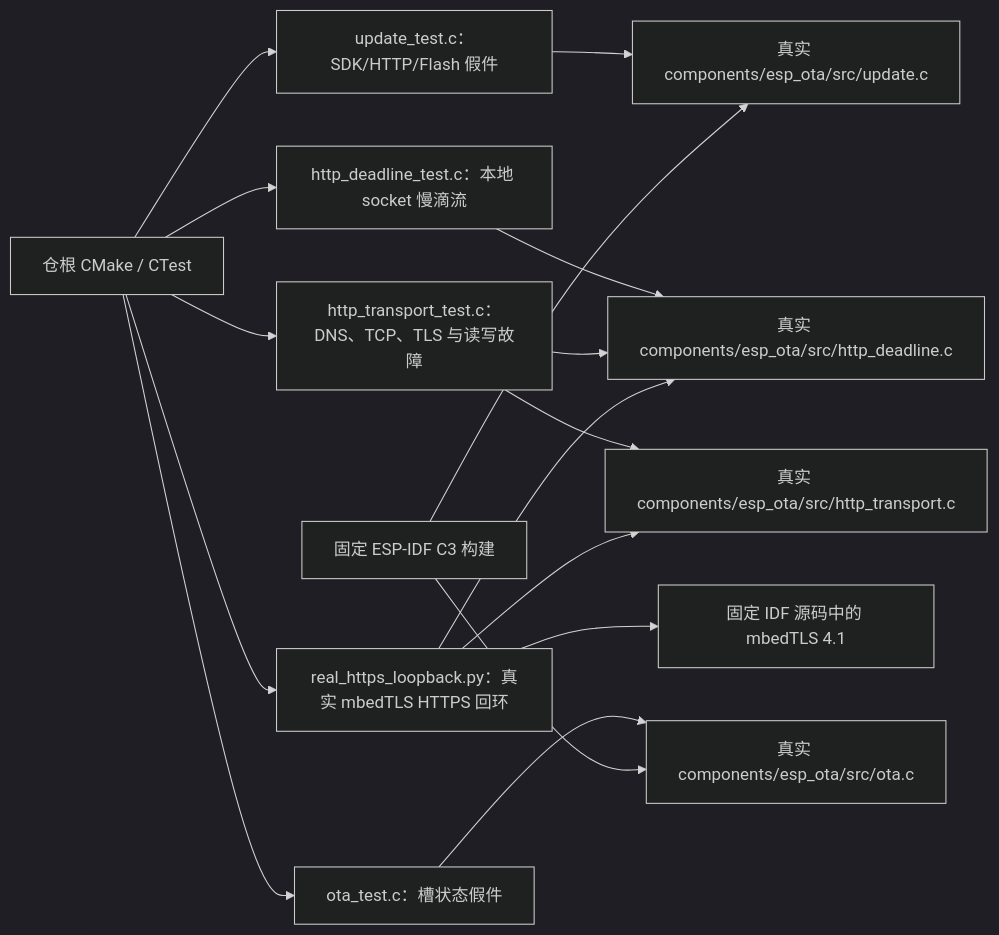
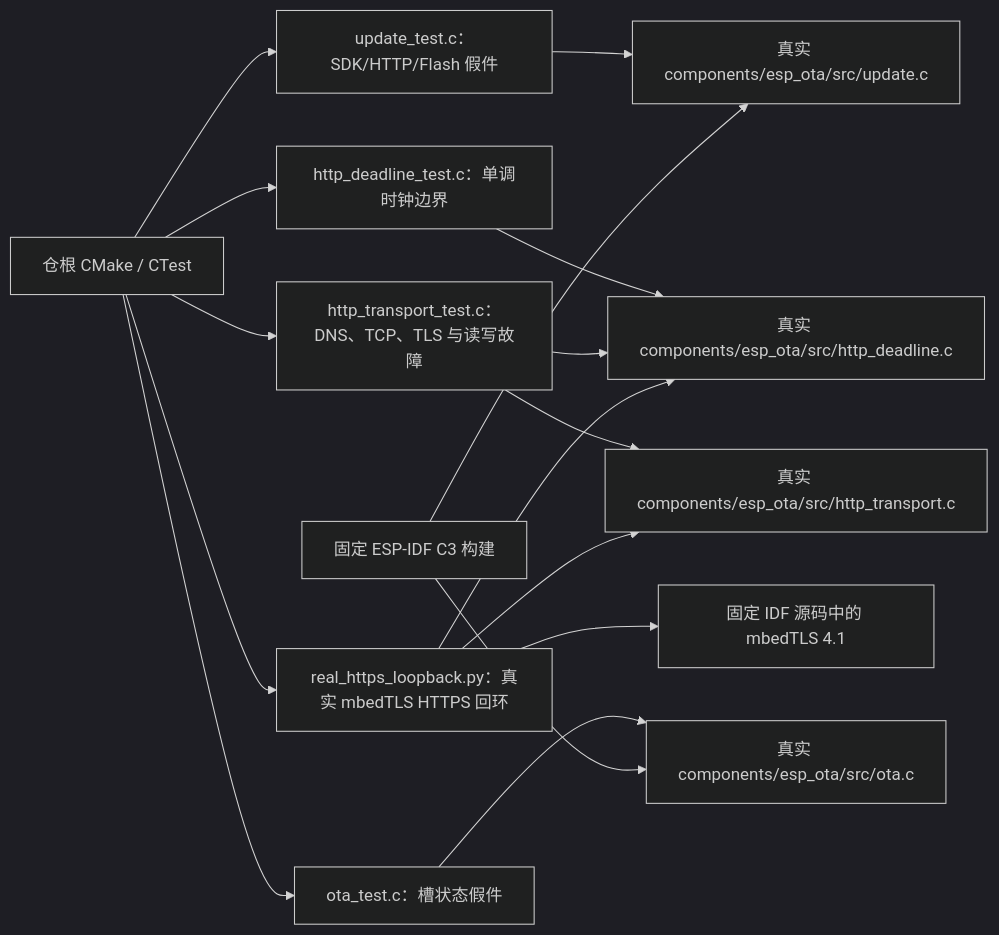
The diagram in tests/README.md (darren-you/esp-ota), drawn with Mermaid (dark theme) before and after one commit. The commit also changed other lines of this file and 15 other files, not shown here.

````diff
--- a/tests/README.md
+++ b/tests/README.md
@@ -5,18 +5,18 @@
 ```mermaid
 flowchart LR
     cmake["仓根 CMake / CTest"] --> update["update_test.c：SDK/HTTP/Flash 假件"]
-    cmake --> drip["http_deadline_test.c：本地 socket 慢滴流"]
+    cmake --> drip["http_deadline_test.c：单调时钟边界"]
     cmake --> transport["http_transport_test.c：DNS、TCP、TLS 与读写故障"]
     cmake --> https["real_https_loopback.py：真实 mbedTLS HTTPS 回环"]
     cmake --> confirm["ota_test.c：槽状态假件"]
     update --> real_update["真实 components/esp_ota/src/update.c"]
     drip --> deadline["真实 components/esp_ota/src/http_deadline.c"]
     transport --> real_transport["真实 components/esp_ota/src/http_transport.c"]
     transport --> deadline
     https --> real_transport
     https --> deadline
     https --> sdk["固定 IDF 源码中的 mbedTLS 4.1"]
     confirm --> real_ota["真实 components/esp_ota/src/ota.c"]
     c3["固定 ESP-IDF C3 构建"] --> real_update
     c3 --> real_ota
 ```
````
